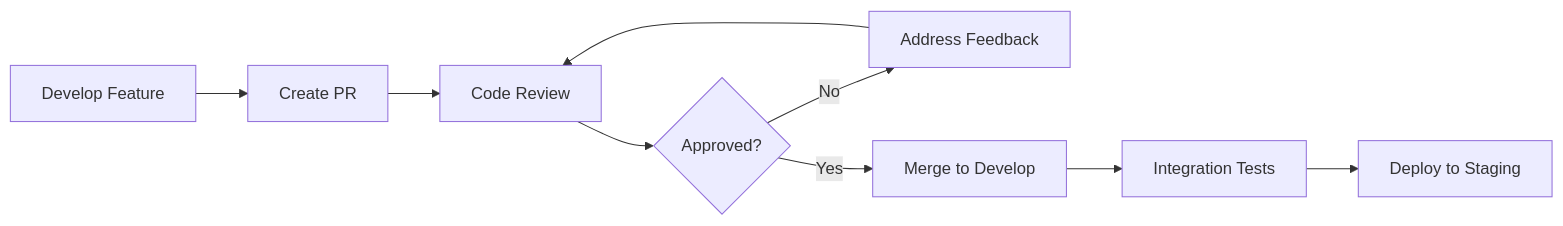
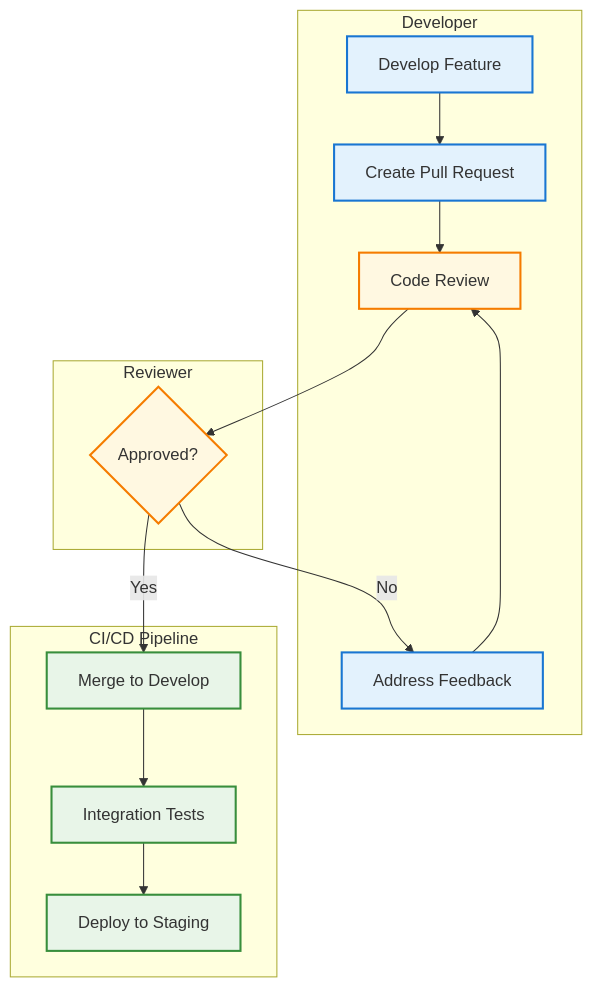
The second of 2 diagrams in docs/project/team.md (Finboostplus/finboostplus-app), drawn with Mermaid before and after one commit. The commit also changed other lines of this file and 19 other files, not shown here.

````diff
--- a/docs/project/team.md
+++ b/docs/project/team.md
@@ -115,11 +124,28 @@
 ```mermaid
-flowchart LR
-    A[Develop Feature] --> B[Create PR]
-    B --> C[Code Review]
-    C --> D{Approved?}
-    D -->|No| E[Address Feedback]
-    E --> C
-    D -->|Yes| F[Merge to Develop]
-    F --> G[Integration Tests]
-    G --> H[Deploy to Staging]
+flowchart TD
+    subgraph "Developer"
+        A[Develop Feature] --> B[Create Pull Request]
+        E[Address Feedback] --> C
+    end
+    
+    subgraph "Reviewer"
+        C[Code Review] --> D{Approved?}
+    end
+    
+    subgraph "CI/CD Pipeline"
+        F[Merge to Develop] --> G[Integration Tests]
+        G --> H[Deploy to Staging]
+    end
+    
+    B --> C
+    D -->|No| E
+    D -->|Yes| F
+    
+    classDef devStyle fill:#e3f2fd,stroke:#1976d2,stroke-width:2px
+    classDef reviewStyle fill:#fff8e1,stroke:#f57c00,stroke-width:2px
+    classDef cicdStyle fill:#e8f5e8,stroke:#388e3c,stroke-width:2px
+    
+    class A,B,E devStyle
+    class C,D reviewStyle
+    class F,G,H cicdStyle
 ```
````
